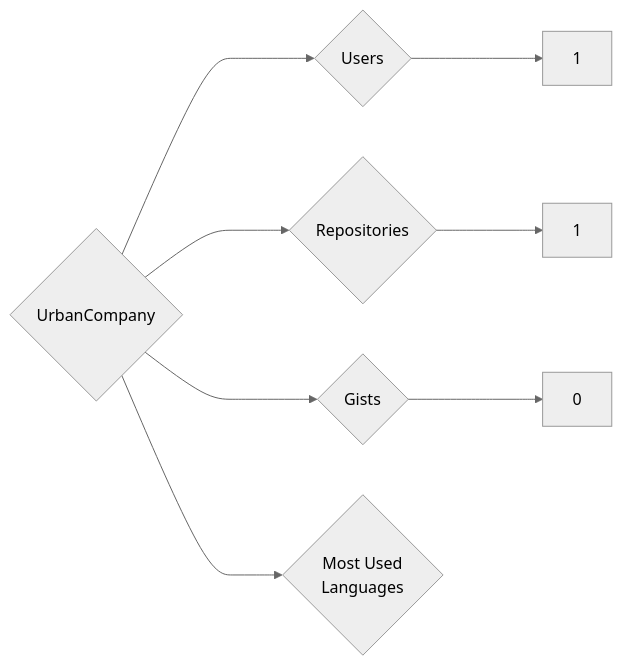
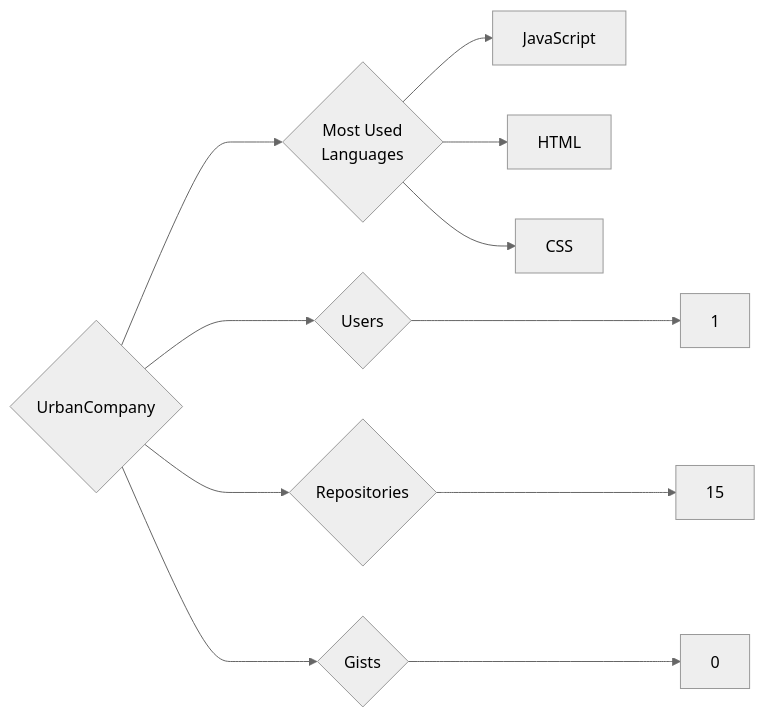
Before and after one commit to trickest/insiders: the diagram in targets/UrbanCompany/README.md, drawn with Mermaid (neutral theme). The commit also changed 953 other files, not shown here.

````diff
--- a/targets/UrbanCompany/README.md
+++ b/targets/UrbanCompany/README.md
@@ -3,8 +3,11 @@
 ```mermaid
 graph LR
 COMPANY_NAME{UrbanCompany}
 COMPANY_NAME ---> U{Users} ---> UN[1]
-COMPANY_NAME ---> R{Repositories} ---> RN[1]
+COMPANY_NAME ---> R{Repositories} ---> RN[15]
 COMPANY_NAME ---> G{Gists} ---> GN[0]
 COMPANY_NAME ---> ML{Most Used<br>Languages}
+ML --> JavaScript[JavaScript]
+ML --> HTML[HTML]
+ML --> CSS[CSS]
 ```
````
